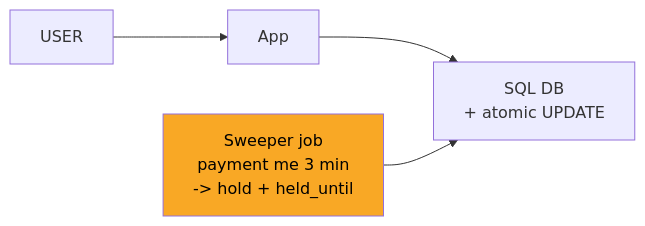
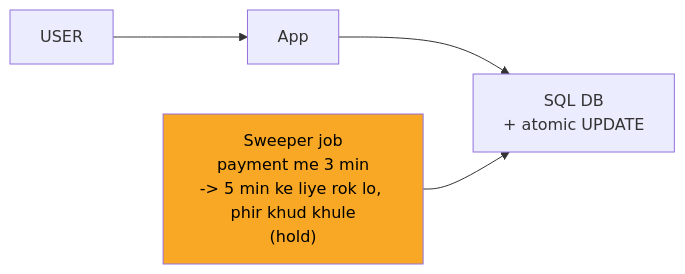
Before and after one commit to ArpanMaheshwari144/Prep: the third of 9 diagrams in 04_HLD/SYSTEM_DESIGNS/09_bookmyshow/09_bookmyshow_INTERVIEW.md, drawn with Mermaid. The commit also changed other lines of this file and 13 other files, not shown here.

````diff
--- a/04_HLD/SYSTEM_DESIGNS/09_bookmyshow/09_bookmyshow_INTERVIEW.md
+++ b/04_HLD/SYSTEM_DESIGNS/09_bookmyshow/09_bookmyshow_INTERVIEW.md
@@ -121,11 +121,11 @@
 ```mermaid
 flowchart LR
     n_USER["USER"]
     n_App["App"]
     n_SQL_DB["SQL DB<br/>+ atomic UPDATE"]
-    n_Sweeper_job["Sweeper job<br/>payment me 3 min<br/>-> hold + held_until"]
+    n_Sweeper_job["Sweeper job<br/>payment me 3 min<br/>-> 5 min ke liye rok lo, phir khud khule<br/>(hold)"]
     n_USER --> n_App
     n_App --> n_SQL_DB
     n_Sweeper_job --> n_SQL_DB
     style n_Sweeper_job fill:#f9a825,color:#000
 ```
````
